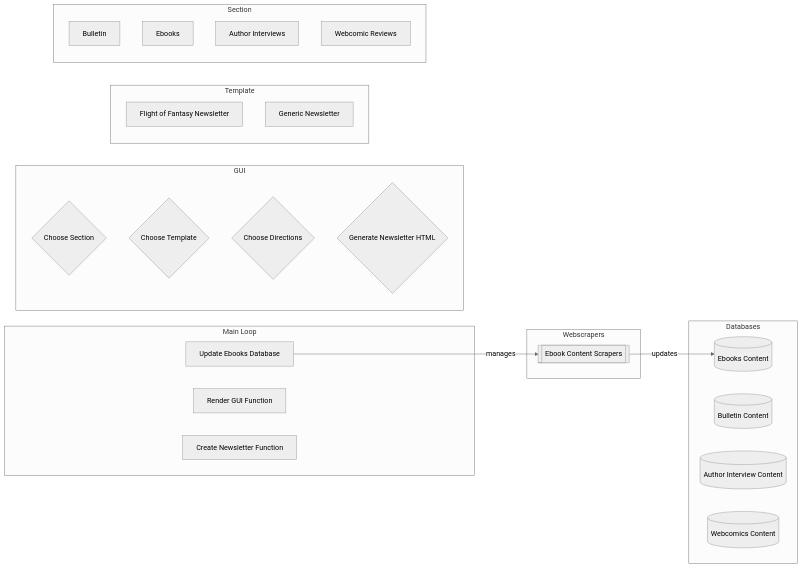
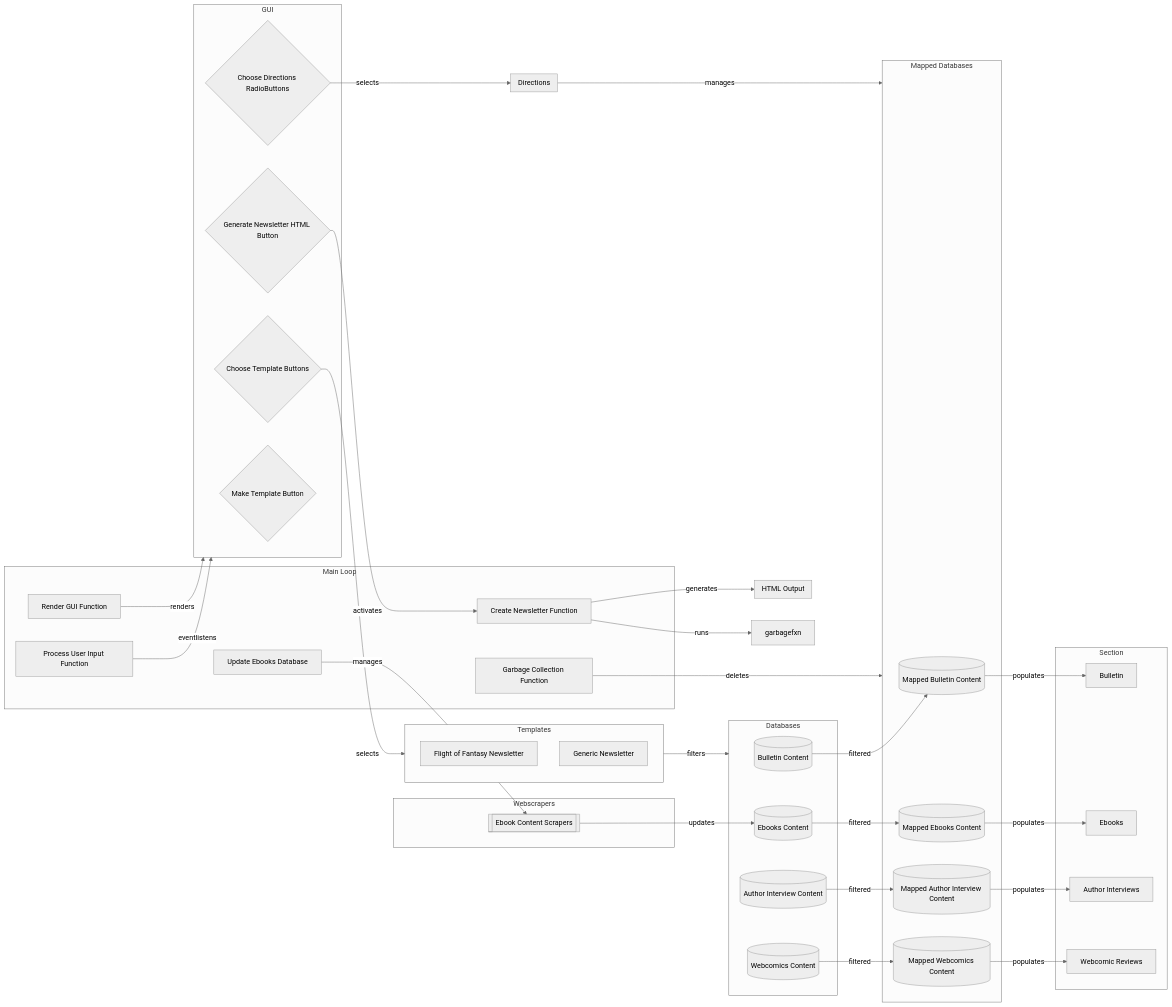
One commit to jhbardwell/Busy-Bee-Newsletters changed the first of 3 diagrams in DESIGNDOC.md. Above: the diagram before and after it, drawn with Mermaid (neutral theme).

````diff
--- a/DESIGNDOC.md
+++ b/DESIGNDOC.md
@@ -30,36 +30,66 @@
 ```mermaid
 flowchart LR
   %%relationships
-   updatefxn--manages-->ebookscraper--updates-->ebooksdatabase
+  buttongeneratenewsletter--activates-->fxngenerate
+  buttonchoosedirections--selects-->DIRECTIONS
+  buttonchoosetemplate--selects-->TEMPLATES
+  databasebulletins--filtered-->mappedbulletins
+  databaseebooks--filtered-->mappedebooks
+  databaseauthors--filtered-->mappedauthors
+  databasewebcomics--filtered-->mappedwebcomics
+  fxngarbage--deletes-->MAPDATABASES
+  fxngenerate--generates-->HTML
+  fxngenerate--runs-->garbagefxn
+  fxnprocessinput--eventlistens-->GUI
+  fxnrender--renders-->GUI
+  fxnupdate--manages-->ebookscraper--updates-->databaseebooks
+  mappedbulletins--populates-->sectionbulletins
+  mappedebooks--populates-->sectionebooks
+  mappedauthors--populates-->sectionauthors
+  mappedwebcomics--populates-->sectionwebcomics
+  DIRECTIONS--manages-->MAPDATABASES
+  TEMPLATES--filters-->DATABASES
    %% structure
    subgraph MAIN [Main Loop]
-      renderfxn[Render GUI Function]
-      generatefxn[Create Newsletter Function]
-      updatefxn[Update Ebooks Database]
+      fxnprocessinput[Process User Input Function]
+      fxnrender[Render GUI Function]
+      fxngenerate[Create Newsletter Function]
+      fxngarbage[Garbage Collection Function]
+      fxnupdate[Update Ebooks Database]
+      end
+   subgraph DIRECTIONS [Directions]
+      end
+   subgraph HTML [HTML Output]
       end
    subgraph GUI [GUI]
-      choosesection{Choose Section}
-      choosetemplate{Choose Template}
-      choosedirections{Choose Directions}
-      generatenewsletter{Generate Newsletter HTML}
+      buttonchoosetemplate{Choose Template Buttons}
+      buttonchoosedirections{Choose Directions RadioButtons}
+      buttongeneratenewsletter{Generate Newsletter HTML Button}
+      buttonmaketemplate{Make Template Button}
       end 
    subgraph DATABASES [Databases]
-     bulletindatabase[(Bulletin Content)]
-     ebooksdatabase[(Ebooks Content)]
-     authordatabase[(Author Interview Content)]
-     webcomicsdatabase[(Webcomics Content)]
+     databasebulletins[(Bulletin Content)]
+     databaseebooks[(Ebooks Content)]
+     databaseauthors[(Author Interview Content)]
+     databasewebcomics[(Webcomics Content)]
+     end
+   subgraph MAPDATABASES [Mapped Databases]
+     mappedbulletins[(Mapped Bulletin Content)]
+     mappedebooks[(Mapped Ebooks Content)]
+     mappedauthors[(Mapped Author Interview Content)]
+     mappedwebcomics[(Mapped Webcomics Content)]
      end
    subgraph WEBSCRAPERS [Webscrapers]
      ebookscraper[[Ebook Content Scrapers]] 
      end
-   subgraph TEMPLATE [Template]
+   subgraph TEMPLATES [Templates]
       fofnewsletter[Flight of Fantasy Newsletter]
       genericnewsletter[Generic Newsletter]
       end
    subgraph SECTION [Section]
-      bulletinsection[Bulletin]
-      ebookssection[Ebooks]
-      authorsection[Author Interviews]
-      webcomicsection[Webcomic Reviews]
+      sectionbulletins[Bulletin]
+      sectionebooks[Ebooks]
+      sectionauthors[Author Interviews]
+      sectionwebcomics[Webcomic Reviews]
       end
 ```
````
